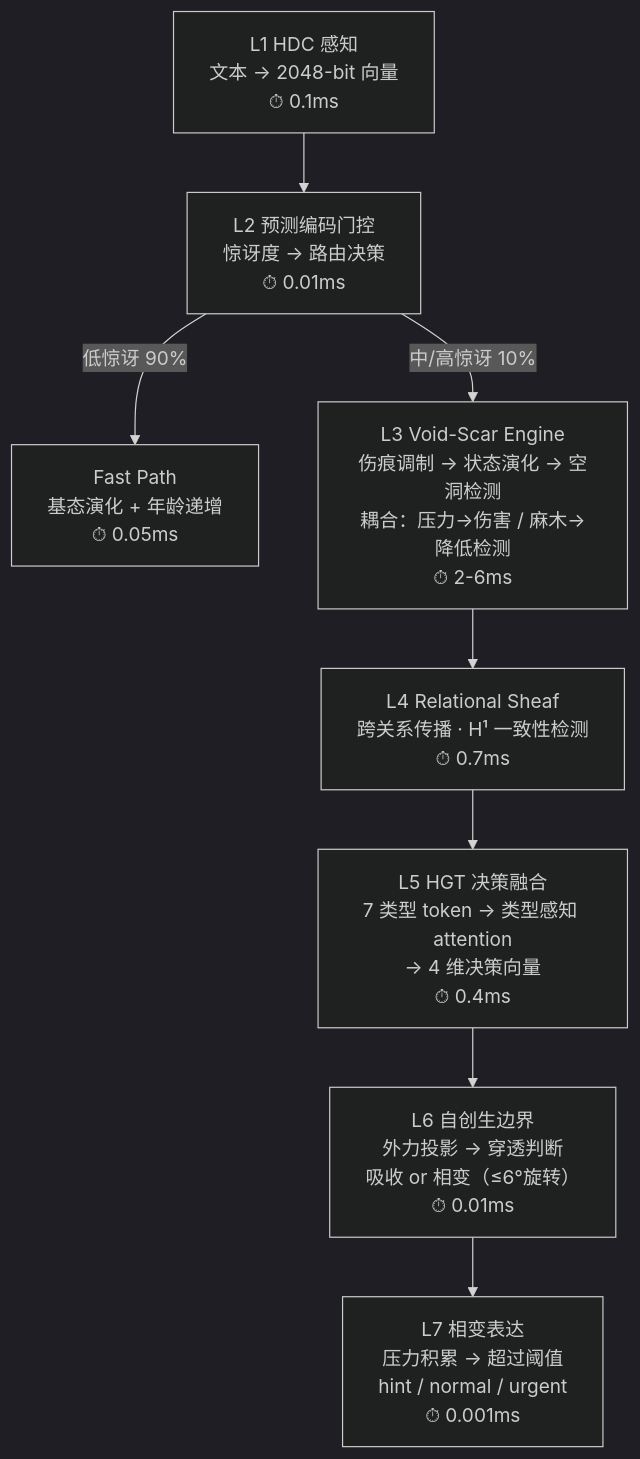
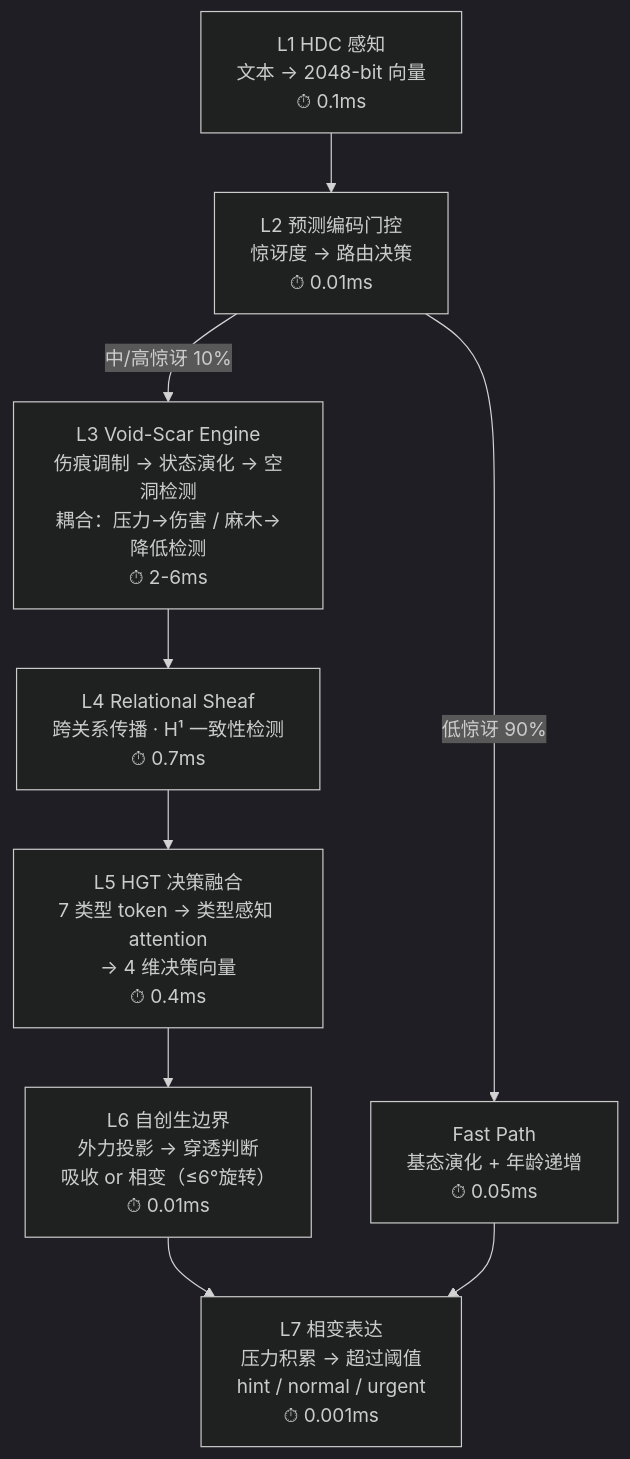
Before and after one commit to Ayleovelle/astrbot_plugin_sylanne: the third of 5 diagrams in README.md, drawn with Mermaid (dark theme). The commit also changed other lines of this file, not shown here.

Commit message:
docs: 计算层 Fast Path 连接到 L7 + 补 Sheaf 公式

````diff
--- a/README.md
+++ b/README.md
@@ -199,10 +199,11 @@
 ```mermaid
 flowchart TD
     L1["L1 HDC 感知<br/>文本 → 2048-bit 向量<br/>⏱ 0.1ms"] --> L2["L2 预测编码门控<br/>惊讶度 → 路由决策<br/>⏱ 0.01ms"]
     L2 -->|"低惊讶 90%"| FAST["Fast Path<br/>基态演化 + 年龄递增<br/>⏱ 0.05ms"]
     L2 -->|"中/高惊讶 10%"| L3["L3 Void-Scar Engine<br/>伤痕调制 → 状态演化 → 空洞检测<br/>耦合：压力→伤害 / 麻木→降低检测<br/>⏱ 2-6ms"]
     L3 --> L4["L4 Relational Sheaf<br/>跨关系传播 · H¹ 一致性检测<br/>⏱ 0.7ms"]
     L4 --> L5["L5 HGT 决策融合<br/>7 类型 token → 类型感知 attention<br/>→ 4 维决策向量<br/>⏱ 0.4ms"]
     L5 --> L6["L6 自创生边界<br/>外力投影 → 穿透判断<br/>吸收 or 相变（≤6°旋转）<br/>⏱ 0.01ms"]
     L6 --> L7["L7 相变表达<br/>压力积累 → 超过阈值<br/>hint / normal / urgent<br/>⏱ 0.001ms"]
+    FAST --> L7
 ```
````
